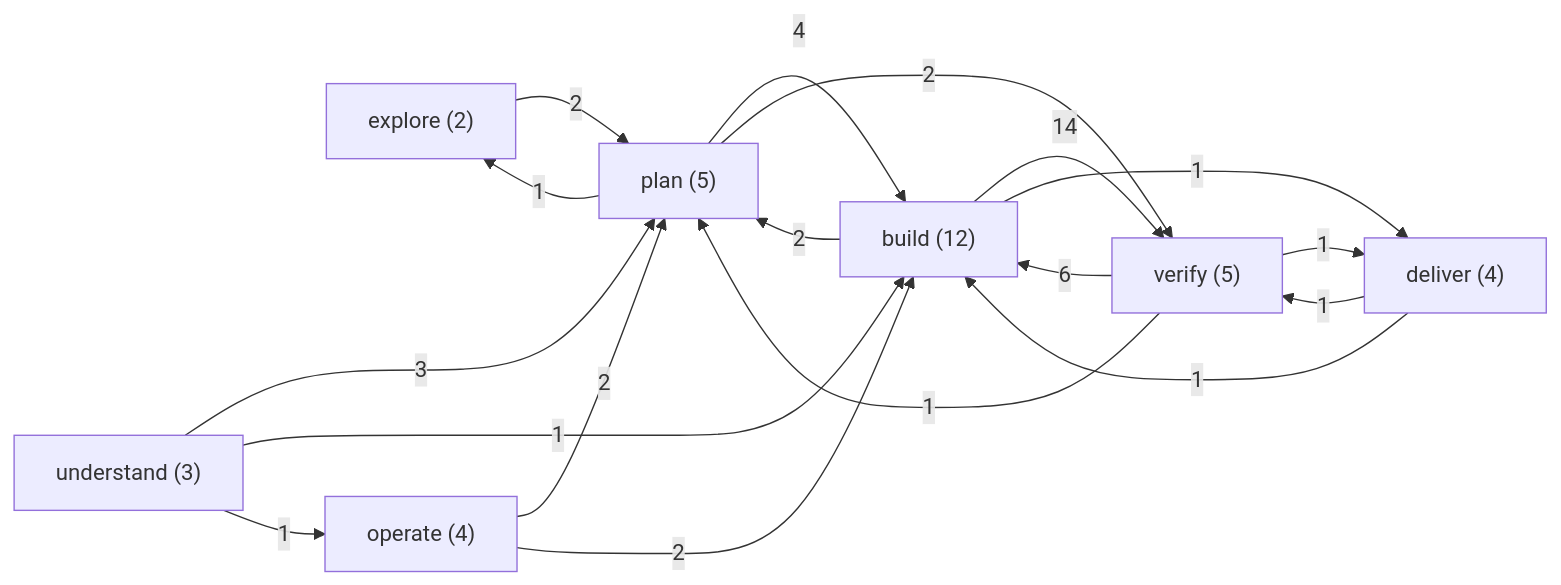
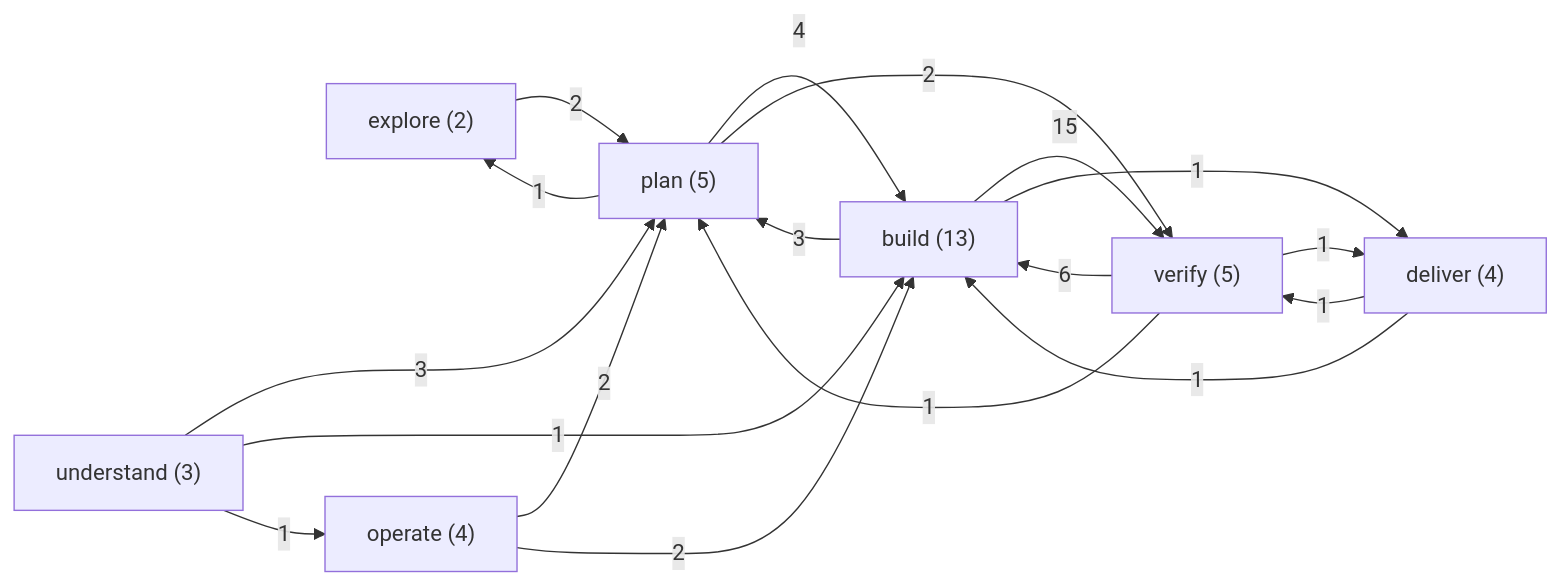
The first of 2 diagrams in docs/SKILL-MAP.md (emiliodominguez/flow-skills), drawn with Mermaid before and after one commit. The commit also changed other lines of this file and 13 other files, not shown here.

````diff
--- a/docs/SKILL-MAP.md
+++ b/docs/SKILL-MAP.md
@@ -14,27 +14,27 @@
 ```mermaid
 flowchart LR
   stage_explore["explore (2)"]
   stage_understand["understand (3)"]
   stage_plan["plan (5)"]
-  stage_build["build (12)"]
+  stage_build["build (13)"]
   stage_verify["verify (5)"]
   stage_deliver["deliver (4)"]
   stage_operate["operate (4)"]
   stage_explore -->|2| stage_plan
   stage_understand -->|3| stage_plan
   stage_understand -->|1| stage_build
   stage_understand -->|1| stage_operate
   stage_plan -->|1| stage_explore
   stage_plan -->|4| stage_build
   stage_plan -->|2| stage_verify
-  stage_build -->|2| stage_plan
-  stage_build -->|14| stage_verify
+  stage_build -->|3| stage_plan
+  stage_build -->|15| stage_verify
   stage_build -->|1| stage_deliver
   stage_verify -->|1| stage_plan
   stage_verify -->|6| stage_build
   stage_verify -->|1| stage_deliver
   stage_deliver -->|1| stage_build
   stage_deliver -->|1| stage_verify
   stage_operate -->|2| stage_plan
   stage_operate -->|2| stage_build
 ```
````
